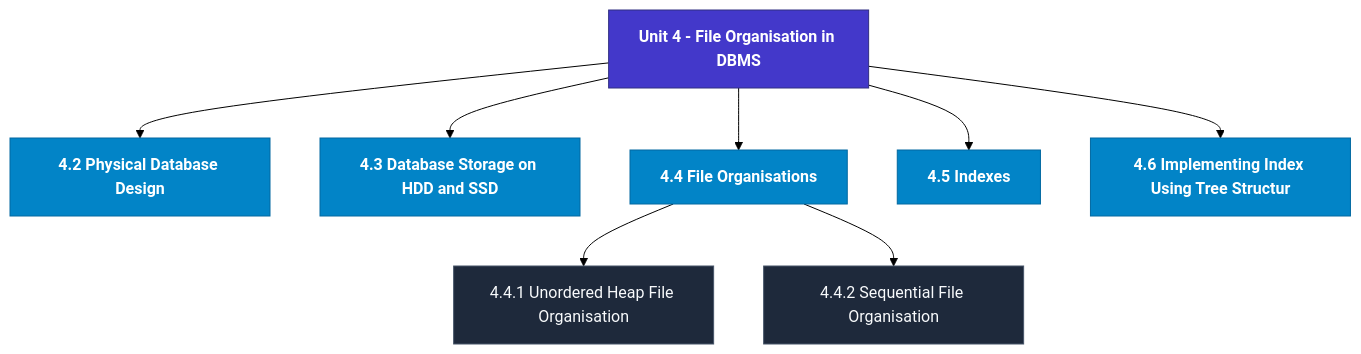
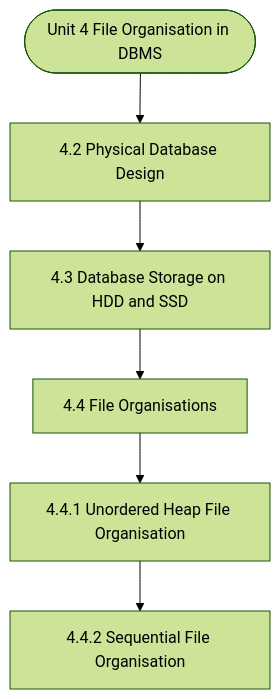
The diagram in notes/Semester_1/MCS-207_Database_Management_Systems/unit_04_File_Organisation_in_DBMS.md (Asutosh-Coaching/mscdsa), drawn with Mermaid (forest theme) before and after one commit. The commit also changed other lines of this file and 115 other files, not shown here.

Commit message:
Fix Mermaid layout for mobile, isolate LaTeX delimiters, and add GitHub Pages reader

````diff
--- a/notes/Semester_1/MCS-207_Database_Management_Systems/unit_04_File_Organisation_in_DBMS.md
+++ b/notes/Semester_1/MCS-207_Database_Management_Systems/unit_04_File_Organisation_in_DBMS.md
@@ -19,23 +19,14 @@
 ```mermaid
 flowchart TD
-  %% Styling Definitions
-  classDef head fill:#4338ca,stroke:#312e81,color:#ffffff,font-weight:bold;
-  classDef topic fill:#0284c7,stroke:#0369a1,color:#ffffff,font-weight:600;
-  classDef sub fill:#1e293b,stroke:#475569,color:#f8fafc;
-
-  Root["Unit 4 - File Organisation in DBMS"]:::head
-  M1["4.2 Physical Database Design"]:::topic
-  Root --> M1
-  M2["4.3 Database Storage on HDD and SSD"]:::topic
-  Root --> M2
-  M3["4.4 File Organisations"]:::topic
-  Root --> M3
-  M3_1["4.4.1 Unordered Heap File Organisation"]:::sub
-  M3 --> M3_1
-  M3_2["4.4.2 Sequential File Organisation"]:::sub
-  M3 --> M3_2
-  M4["4.5 Indexes"]:::topic
-  Root --> M4
-  M5["4.6 Implementing Index Using Tree Structur"]:::topic
-  Root --> M5
+  Start(["Unit 4 File Organisation in DBMS"])
+  N1["4.2 Physical Database Design"]
+  N2["4.3 Database Storage on HDD and SSD"]
+  N3["4.4 File Organisations"]
+  N4["4.4.1 Unordered Heap File Organisation"]
+  N5["4.4.2 Sequential File Organisation"]
+  Start --> N1
+  N1 --> N2
+  N2 --> N3
+  N3 --> N4
+  N4 --> N5
 ```
````
